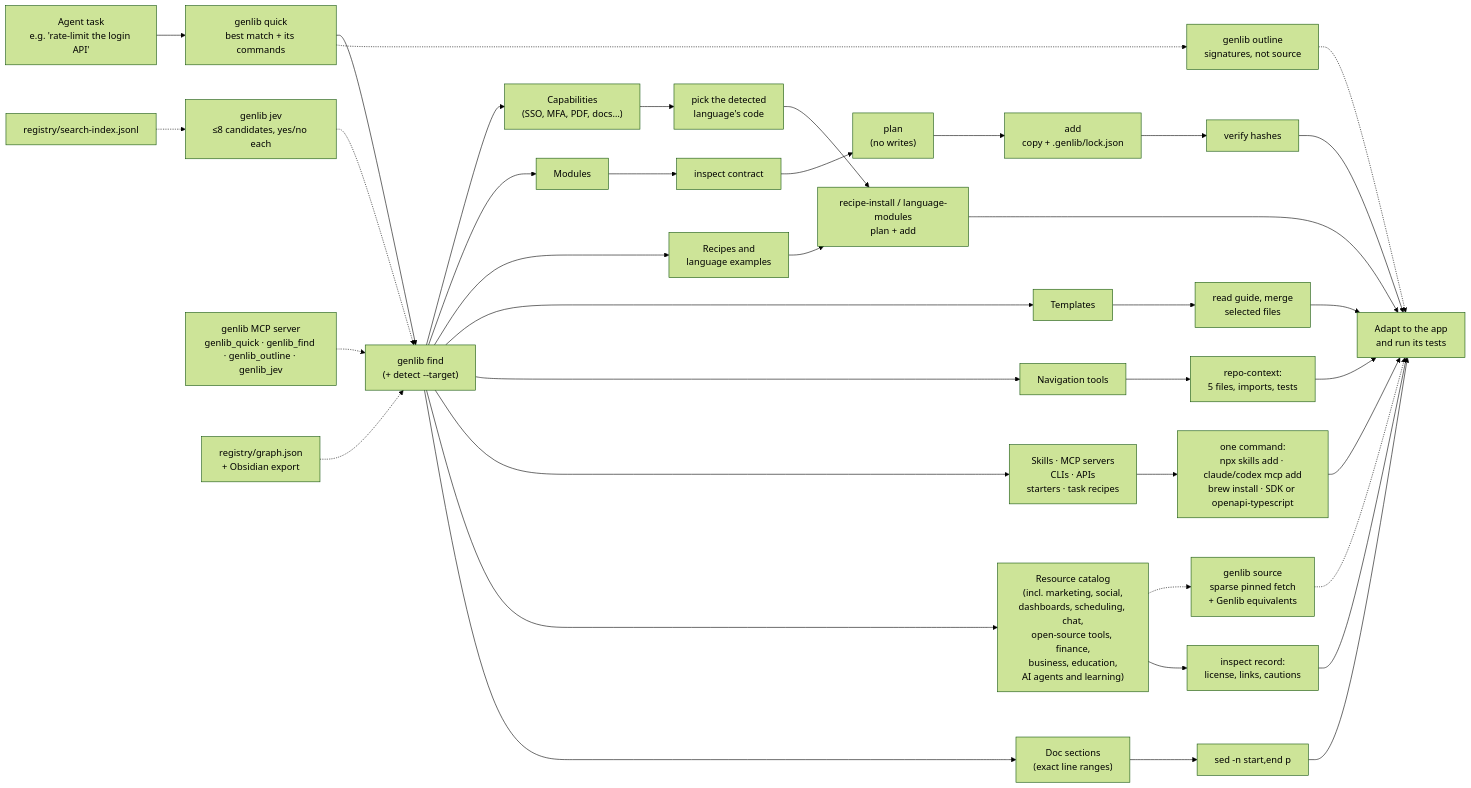
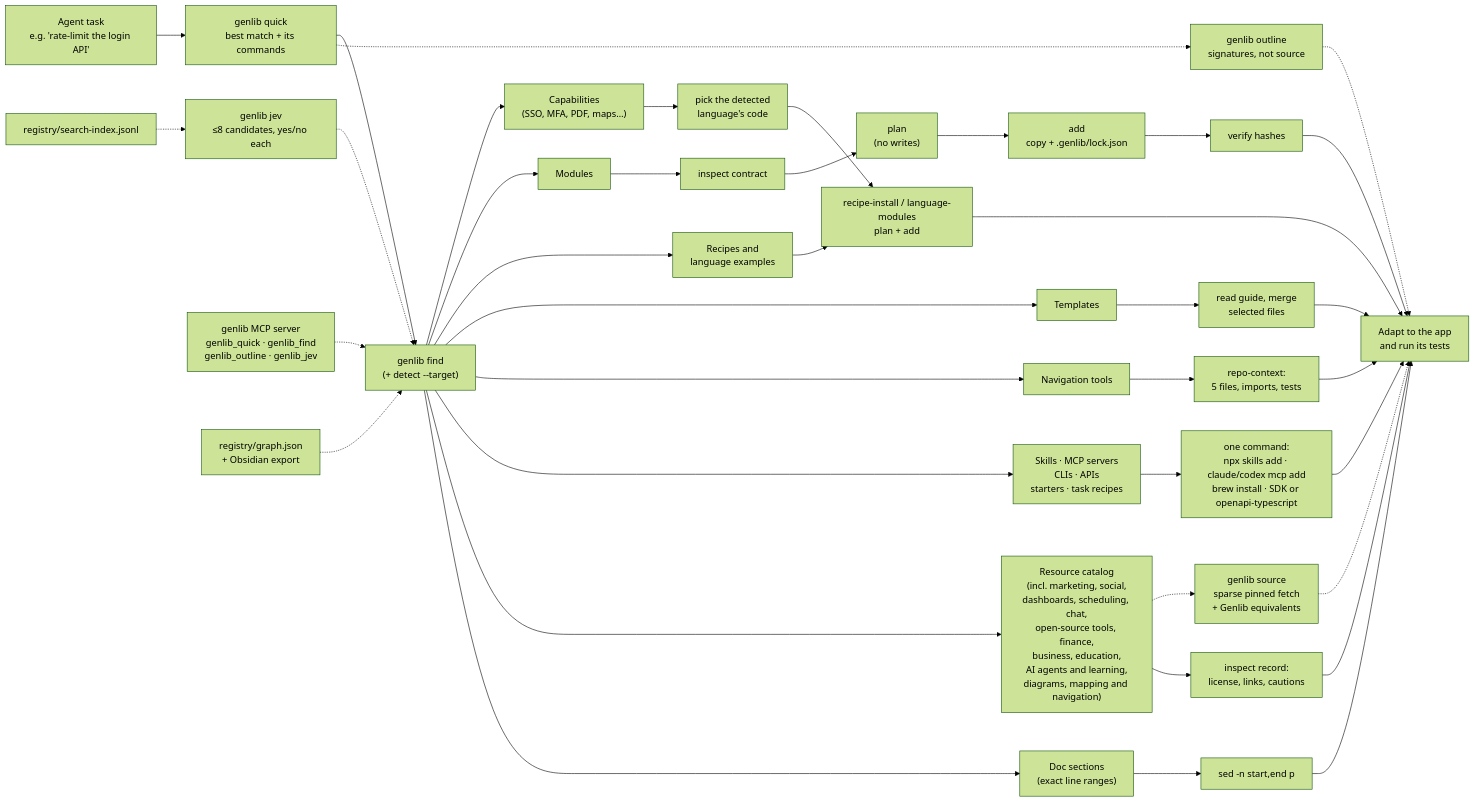
One commit to athompson83/genlib changed the diagram in README.md. Above: the diagram before and after it, drawn with Mermaid (forest theme). The commit also changed other lines of this file and 17 other files, not shown here.

First line of the commit message:
Render README and architecture diagrams with Agentic Mermaid and document the mapping catalog

````diff
--- a/README.md
+++ b/README.md
@@ -65,27 +73,47 @@
 ```mermaid
 flowchart LR
-  Task["Agent task<br/>e.g. 'rate-limit the login API'"] --> Quick["genlib quick<br/>best match + its commands"]
-  Quick --> Find["genlib find<br/>(+ detect --target)"]
-  Quick -.-> Outline["genlib outline<br/>signatures, not source"] -.-> App
-  X -.-> Source["genlib source<br/>sparse pinned fetch<br/>+ Genlib equivalents"] -.-> App
-  Find --> C["Capabilities<br/>(SSO, MFA, PDF, docs…)"]
-  Find --> M["Modules"]
-  Find --> R["Recipes and<br/>language examples"]
-  Find --> T["Templates"]
-  Find --> N["Navigation tools"]
-  Find --> S["Skills · MCP servers<br/>CLIs · APIs<br/>starters · task recipes"]
-  Find --> X["Resource catalog<br/>(incl. marketing, social,<br/>dashboards, scheduling, chat,<br/>open-source tools, finance,<br/>business, education,<br/>AI agents and learning)"]
-  Find --> D["Doc sections<br/>(exact line ranges)"]
-  Jev["genlib jev<br/>≤8 candidates, yes/no each"] -.-> Find
-  Index["registry/search-index.jsonl"] -.-> Jev
-  MCP["genlib MCP server<br/>genlib_quick · genlib_find · genlib_outline · genlib_jev"] -.-> Find
-  Graph["registry/graph.json<br/>+ Obsidian export"] -.-> Find
-  M --> Inspect["inspect contract"] --> Plan["plan<br/>(no writes)"] --> Add["add<br/>copy + .genlib/lock.json"] --> Verify["verify hashes"] --> App["Adapt to the app<br/>and run its tests"]
-  C --> Lang["pick the detected<br/>language's code"] --> Copy
-  R --> Copy["recipe-install / language-modules<br/>plan + add"] --> App
-  T --> Merge["read guide, merge<br/>selected files"] --> App
-  N --> Context["repo-context:<br/>5 files, imports, tests"] --> App
-  S --> SkillAdd["one command:<br/>npx skills add · claude/codex mcp add<br/>brew install · SDK or openapi-typescript"] --> App
-  X --> Adopt["inspect record:<br/>license, links, cautions"] --> App
-  D --> Section["sed -n start,end p"] --> App
+  Task["Agent task<br/>e.g. 'rate-limit the login API'"]
+  Quick["genlib quick<br/>best match + its commands"]
+  Find["genlib find<br/>(+ detect --target)"]
+  Outline["genlib outline<br/>signatures, not source"]
+  Source["genlib source<br/>sparse pinned fetch<br/>+ Genlib equivalents"]
+  Jev["genlib jev<br/>≤8 candidates, yes/no each"]
+  Index["registry/search-index.jsonl"]
+  MCP["genlib MCP server<br/>genlib_quick · genlib_find<br/>genlib_outline · genlib_jev"]
+  Graph["registry/graph.json<br/>+ Obsidian export"]
+  C["Capabilities<br/>(SSO, MFA, PDF, maps…)"]
+  M["Modules"]
+  R["Recipes and<br/>language examples"]
+  T["Templates"]
+  N["Navigation tools"]
+  S["Skills · MCP servers<br/>CLIs · APIs<br/>starters · task recipes"]
+  X["Resource catalog<br/>(incl. marketing, social,<br/>dashboards, scheduling, chat,<br/>open-source tools, finance,<br/>business, education,<br/>AI agents and learning,<br/>diagrams, mapping and navigation)"]
+  D["Doc sections<br/>(exact line ranges)"]
+  Inspect["inspect contract"]
+  Plan["plan<br/>(no writes)"]
+  Add["add<br/>copy + .genlib/lock.json"]
+  Verify["verify hashes"]
+  Lang["pick the detected<br/>language's code"]
+  Copy["recipe-install / language-modules<br/>plan + add"]
+  Merge["read guide, merge<br/>selected files"]
+  Context["repo-context:<br/>5 files, imports, tests"]
+  SkillAdd["one command:<br/>npx skills add · claude/codex mcp add<br/>brew install · SDK or openapi-typescript"]
+  Adopt["inspect record:<br/>license, links, cautions"]
+  Section["sed -n start,end p"]
+  App["Adapt to the app<br/>and run its tests"]
+  Task --> Quick --> Find
+  Quick -.-> Outline -.-> App
+  Find --> C & M & R & T & N & S & X & D
+  X -.-> Source -.-> App
+  Index -.-> Jev -.-> Find
+  MCP -.-> Find
+  Graph -.-> Find
+  M --> Inspect --> Plan --> Add --> Verify --> App
+  C --> Lang --> Copy
+  R --> Copy --> App
+  T --> Merge --> App
+  N --> Context --> App
+  S --> SkillAdd --> App
+  X --> Adopt --> App
+  D --> Section --> App
 ```
````
